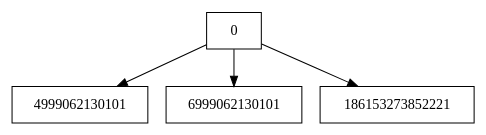
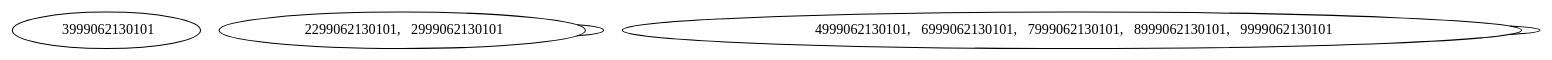
Before and after one commit to Samashoas/EDD_PROYECTO_202109705: the diagram in EDD_F2/btree.dot, drawn with Graphviz. The commit also changed 13 other files, not shown here.

```diff
--- a/EDD_F2/btree.dot
+++ b/EDD_F2/btree.dot
@@ -1,18 +1,5 @@
-digraph BTree {
-     node [shape=record];
-2249836830144[label="3999062130101"];
-2249836830144 ->2249836829920;
-2249836829920[label="2299062130101"];
-2249836829920[label="2999062130101"];
-2249836829920[label="4999062130101"];
-2249836830144[label="6999062130101"];
-2249836830144 ->2249836830032;
-2249836830032[label="4999062130101"];
-2249836830032[label="6999062130101"];
-2249836830144[label="0"];
-2249836830144 ->2249836830592;
-2249836830592[label="7999062130101"];
-2249836830592[label="8999062130101"];
-2249836830592[label="9999062130101"];
-2249836830592[label="186153273852221"];
-}
+graph BTree {
+rankdir=TB;
+node2629072568784 [label="  3999062130101"];node2629072547776 -- node2629072547776;
+node2629072547776 [label="  2299062130101,   2999062130101"];node2629072568528 -- node2629072568528;
+node2629072568528 [label="  4999062130101,   6999062130101,   7999062130101,   8999062130101,   9999062130101"];}
```
